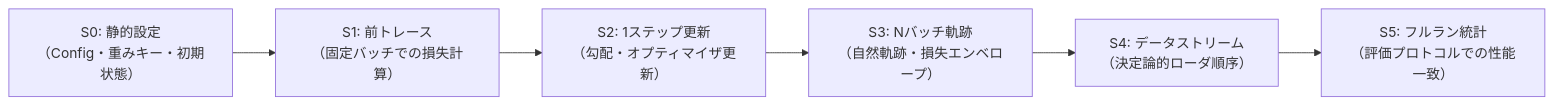
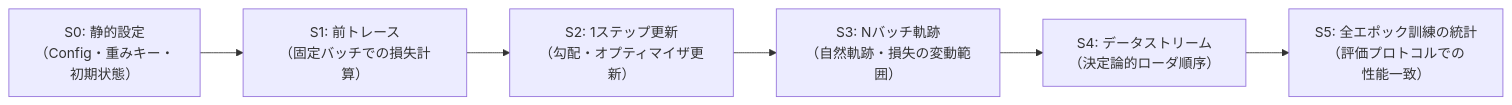
One commit to shunk031/zenn-contents changed the third of 3 diagrams in articles/design-generators-harness.md. Above: the diagram before and after it, drawn with Mermaid. The commit also changed other lines of this file, not shown here.

````diff
--- a/articles/design-generators-harness.md
+++ b/articles/design-generators-harness.md
@@ -183,11 +154,11 @@
 ```mermaid
 flowchart LR
-    S0["S0: 静的設定\n（Config・重みキー・初期状態）"]
-    S1["S1: 前トレース\n（固定バッチでの損失計算）"]
-    S2["S2: 1ステップ更新\n（勾配・オプティマイザ更新）"]
-    S3["S3: Nバッチ軌跡\n（自然軌跡・損失エンベロープ）"]
-    S4["S4: データストリーム\n（決定論的ローダ順序）"]
-    S5["S5: フルラン統計\n（評価プロトコルでの性能一致）"]
+    S0["S0: 静的設定<br>（Config・重みキー・<br>初期状態）"]
+    S1["S1: 前トレース<br>（固定バッチでの損失計算）"]
+    S2["S2: 1ステップ更新<br>（勾配・オプティマイザ更新）"]
+    S3["S3: Nバッチ軌跡<br>（自然軌跡・損失の変動範囲）"]
+    S4["S4: データストリーム<br>（決定論的ローダ順序）"]
+    S5["S5: 全エポック訓練の統計<br>（評価プロトコルでの<br>性能一致）"]
 
     S0 --> S1 --> S2 --> S3 --> S4 --> S5
 ```
````
